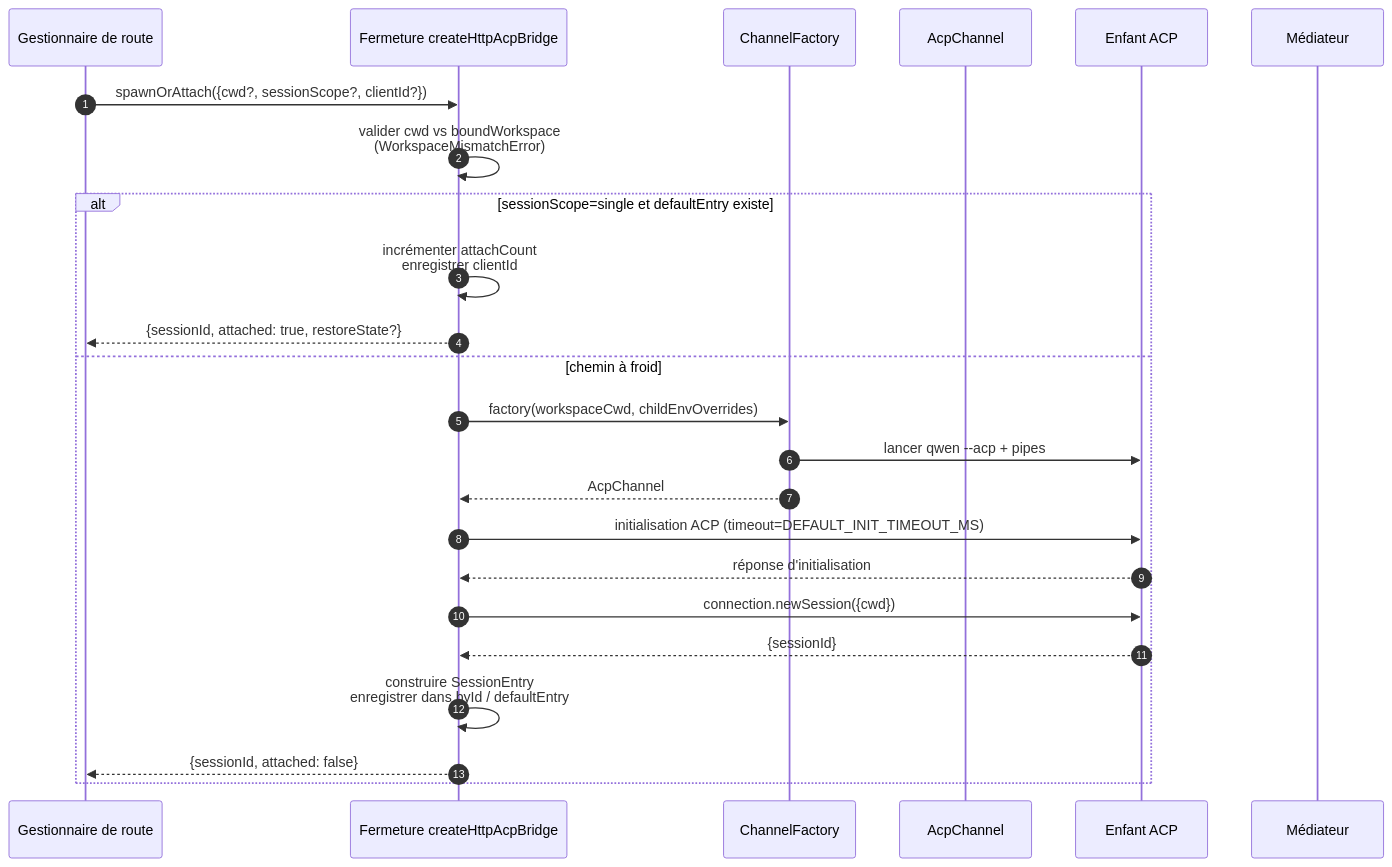
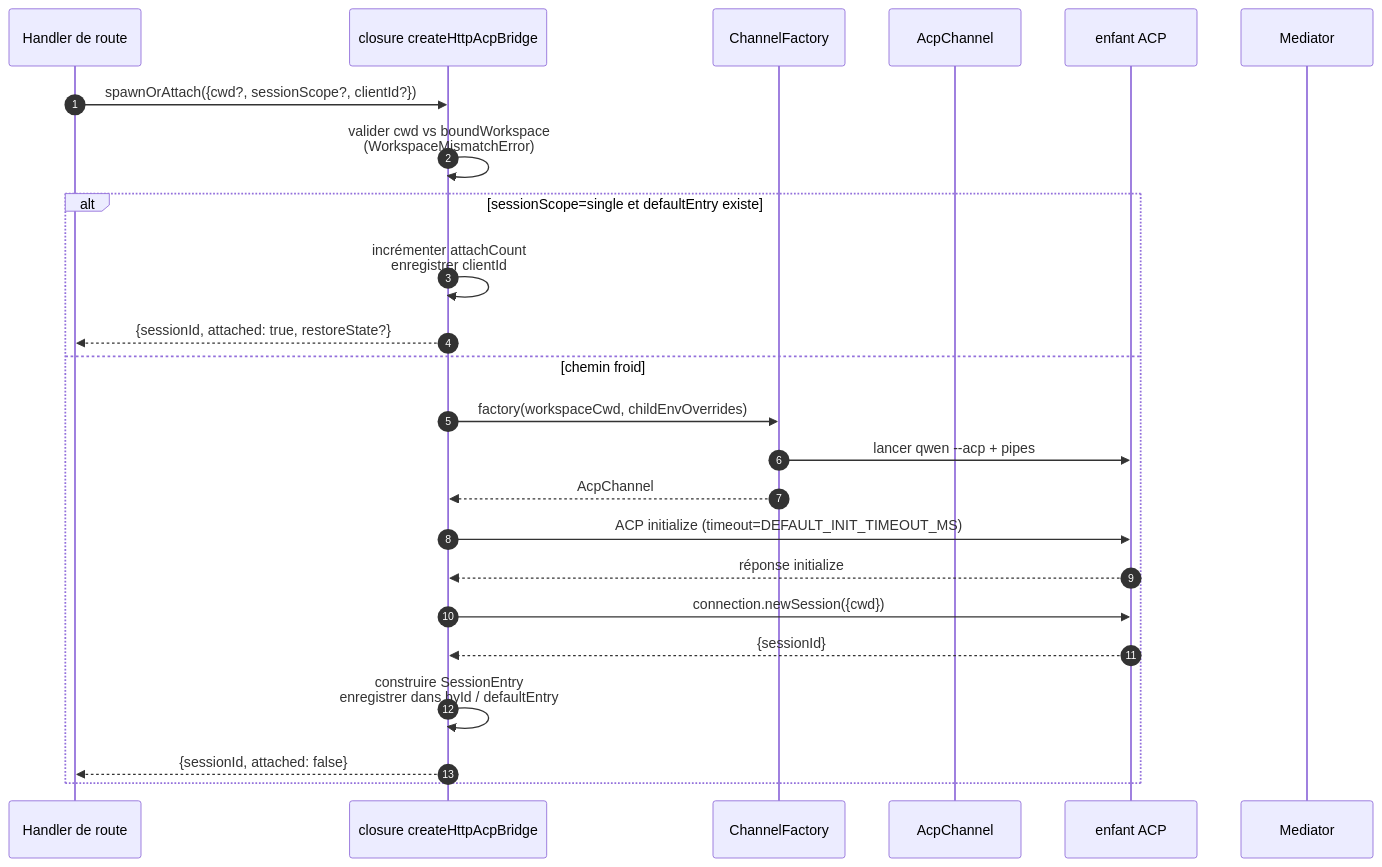
Before and after one commit to QwenLM/qwen-code-docs: the first of 4 diagrams in website/content/fr/developers/daemon/03-acp-bridge.md, drawn with Mermaid. The commit also changed other lines of this file and 162 other files, not shown here.

````diff
--- a/website/content/fr/developers/daemon/03-acp-bridge.md
+++ b/website/content/fr/developers/daemon/03-acp-bridge.md
@@ -60,27 +60,27 @@
 ```mermaid
 sequenceDiagram
     autonumber
-    participant R as Gestionnaire de route
-    participant B as Fermeture createHttpAcpBridge
+    participant R as Handler de route
+    participant B as closure createHttpAcpBridge
     participant CF as ChannelFactory
     participant CH as AcpChannel
-    participant ACP as Enfant ACP
-    participant M as Médiateur
+    participant ACP as enfant ACP
+    participant M as Mediator
 
     R->>B: spawnOrAttach({cwd?, sessionScope?, clientId?})
     B->>B: valider cwd vs boundWorkspace<br/>(WorkspaceMismatchError)
     alt sessionScope=single et defaultEntry existe
         B->>B: incrémenter attachCount<br/>enregistrer clientId
         B-->>R: {sessionId, attached: true, restoreState?}
-    else chemin à froid
+    else chemin froid
         B->>CF: factory(workspaceCwd, childEnvOverrides)
         CF->>ACP: lancer qwen --acp + pipes
         CF-->>B: AcpChannel
-        B->>ACP: initialisation ACP (timeout=DEFAULT_INIT_TIMEOUT_MS)
-        ACP-->>B: réponse d'initialisation
+        B->>ACP: ACP initialize (timeout=DEFAULT_INIT_TIMEOUT_MS)
+        ACP-->>B: réponse initialize
         B->>ACP: connection.newSession({cwd})
         ACP-->>B: {sessionId}
         B->>B: construire SessionEntry<br/>enregistrer dans byId / defaultEntry
         B-->>R: {sessionId, attached: false}
     end
 ```
````
